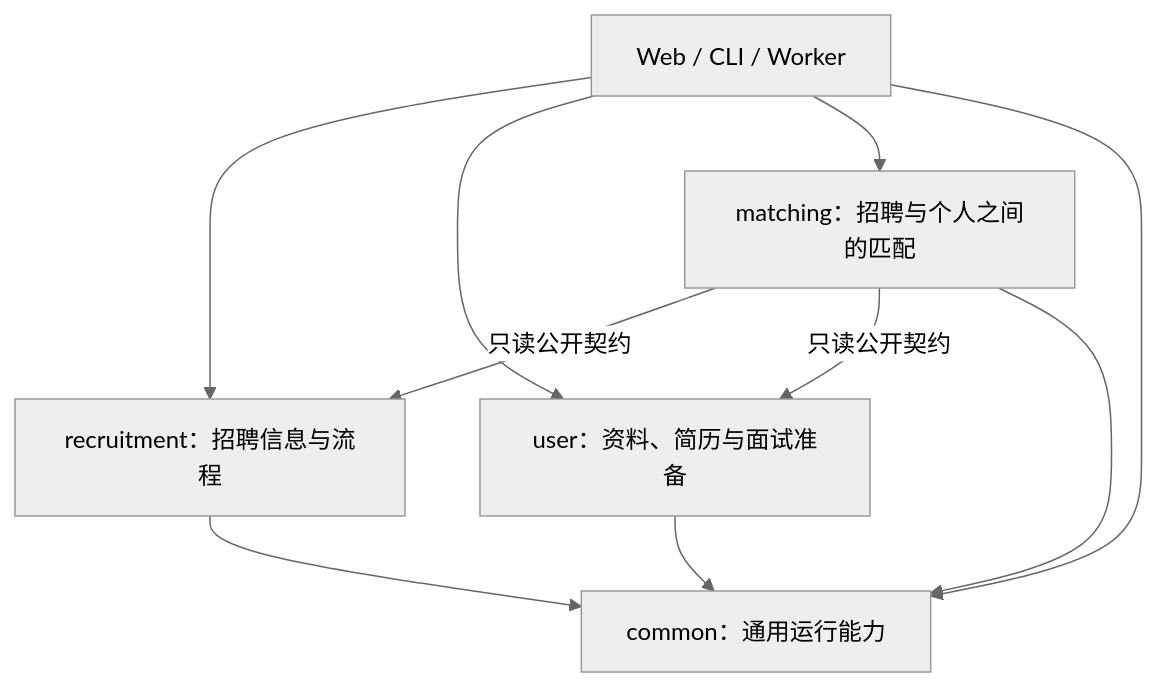
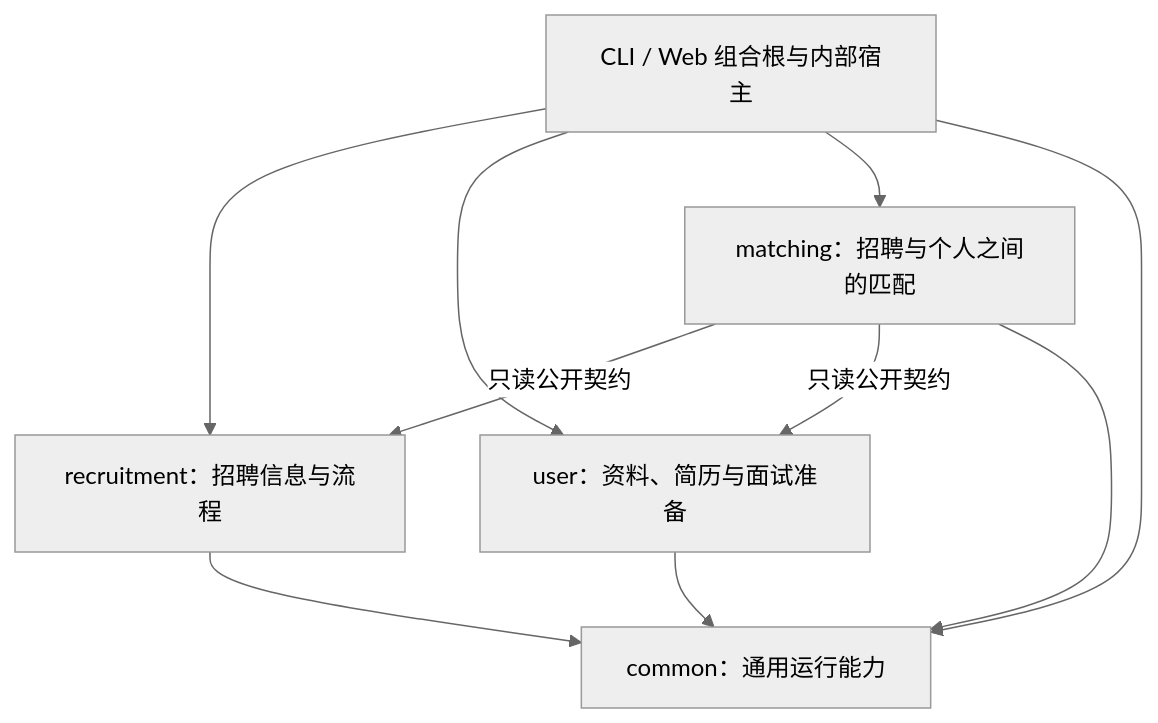
Before and after one commit to MonarchMan/JobHunter: the second of 9 diagrams in docs/arch/overall-arch.md, drawn with Mermaid (neutral theme). The commit also changed other lines of this file and 307 other files, not shown here.

````diff
--- a/docs/arch/overall-arch.md
+++ b/docs/arch/overall-arch.md
@@ -191,12 +191,12 @@
 ```mermaid
 flowchart TB
-    Apps["Web / CLI / Worker"] --> Recruitment["recruitment：招聘信息与流程"]
+    Apps["CLI / Web 组合根与内部宿主"] --> Recruitment["recruitment：招聘信息与流程"]
     Apps --> User["user：资料、简历与面试准备"]
     Apps --> Matching["matching：招聘与个人之间的匹配"]
     Apps --> Common["common：通用运行能力"]
     Matching -->|只读公开契约| Recruitment
     Matching -->|只读公开契约| User
     Matching --> Common
     Recruitment --> Common
     User --> Common
 ```
````
